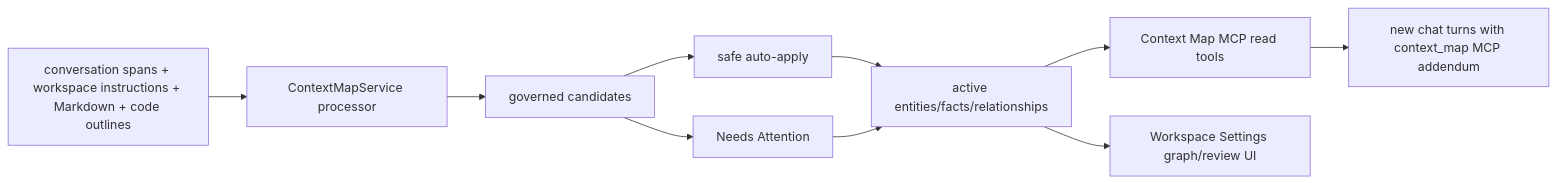
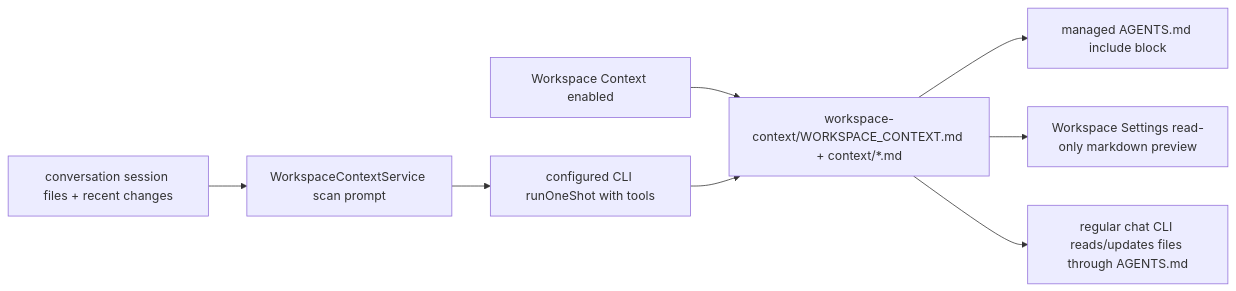
Before and after one commit to daronyondem/agent-cockpit: the seventh of 9 diagrams in docs/spec-coverage.md, drawn with Mermaid. The commit also changed other lines of this file and 88 other files, not shown here.

Commit message:
Replace Context Map with Workspace Context

````diff
--- a/docs/spec-coverage.md
+++ b/docs/spec-coverage.md
@@ -231,12 +231,10 @@
 ```mermaid
 flowchart LR
-  Sources["conversation spans + workspace instructions + Markdown + code outlines"] --> Processor["ContextMapService processor"]
-  Processor --> Candidates["governed candidates"]
-  Candidates --> AutoApply["safe auto-apply"]
-  Candidates --> Review["Needs Attention"]
-  AutoApply --> Graph["active entities/facts/relationships"]
-  Review --> Graph
-  Graph --> MCP["Context Map MCP read tools"]
-  Graph --> UI["Workspace Settings graph/review UI"]
-  MCP --> Chat["new chat turns with context_map MCP addendum"]
+  Enable["Workspace Context enabled"] --> Files["workspace-context/WORKSPACE_CONTEXT.md + context/*.md"]
+  Files --> Agents["managed AGENTS.md include block"]
+  Conversations["conversation session files + recent changes"] --> Runner["WorkspaceContextService scan prompt"]
+  Runner --> CLI["configured CLI runOneShot with tools"]
+  CLI --> Files
+  Files --> UI["Workspace Settings read-only markdown preview"]
+  Files --> Chat["regular chat CLI reads/updates files through AGENTS.md"]
 ```
````
